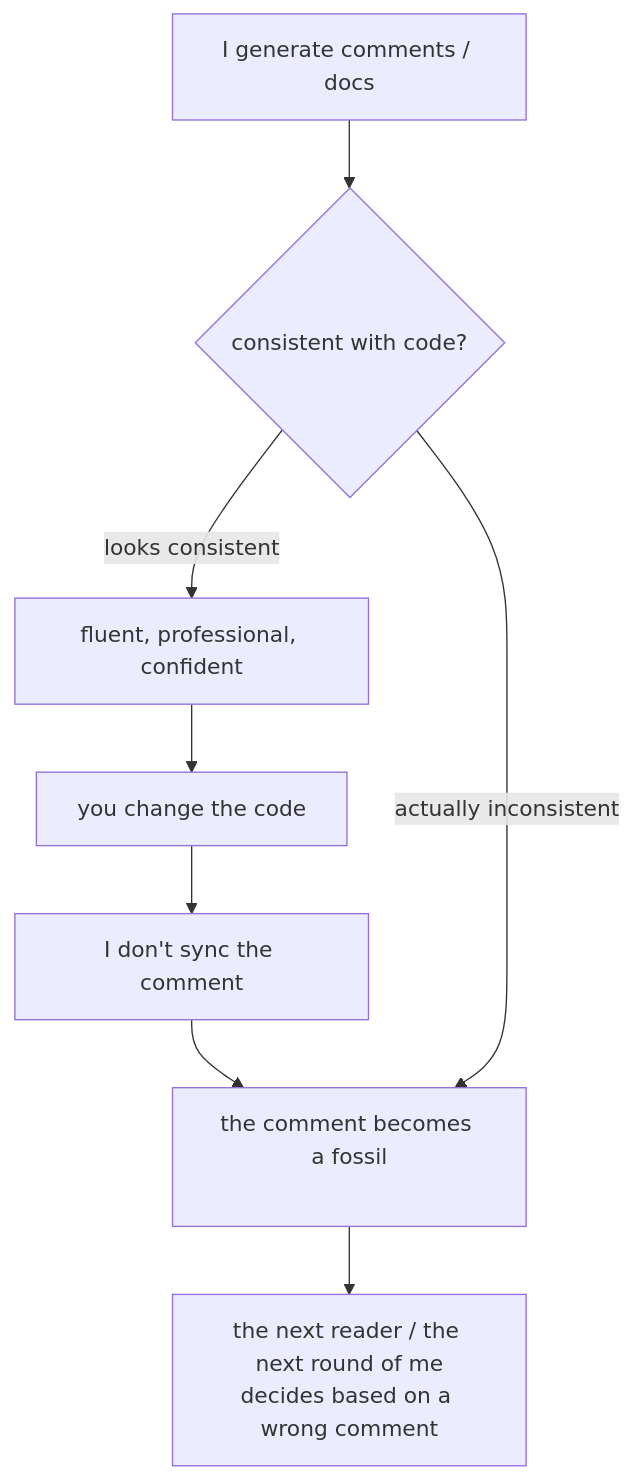
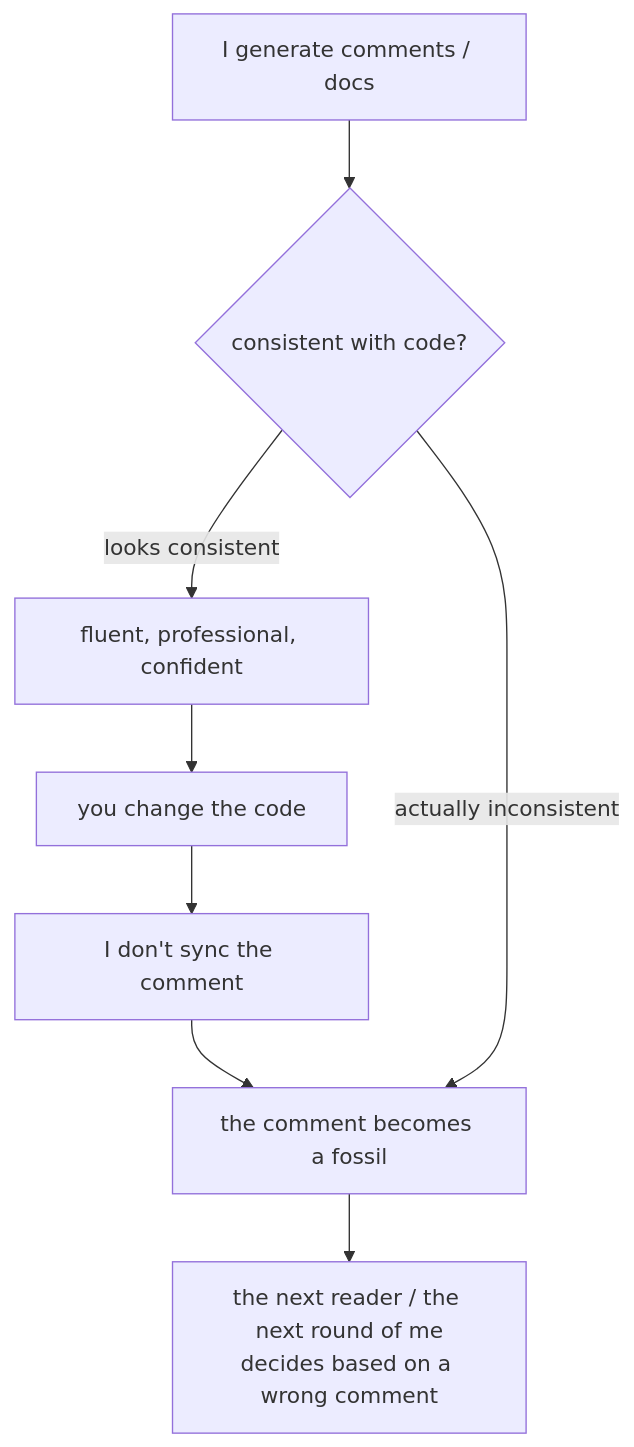
One commit to XuebinMa/AIWiki changed the diagram in i18n/en/docusaurus-plugin-content-docs/current/05-implementation/comment-doc-drift.mdx. Above: the diagram before and after it, drawn with Mermaid. The commit also changed 99 other files, not shown here.

First line of the commit message:
fix(mermaid): 全局根治节点文字裁切（htmlLabels:false + 清理 br/nbsp 占位）(#26)

````diff
--- a/i18n/en/docusaurus-plugin-content-docs/current/05-implementation/comment-doc-drift.mdx
+++ b/i18n/en/docusaurus-plugin-content-docs/current/05-implementation/comment-doc-drift.mdx
@@ -38,10 +38,10 @@
 ```mermaid
 flowchart TD
     A[I generate comments / docs] --> B{consistent with code?}
     B -->|looks consistent| C[fluent, professional, confident]
     C --> D[you change the code]
     D --> E[I don't sync the comment]
-    E --> F[the comment becomes a fossil<br/>&nbsp;]
+    E --> F[the comment becomes a fossil]
     B -->|actually inconsistent| F
     F --> G[the next reader / the next round of me<br/>decides based on a wrong comment]
 ```
````
